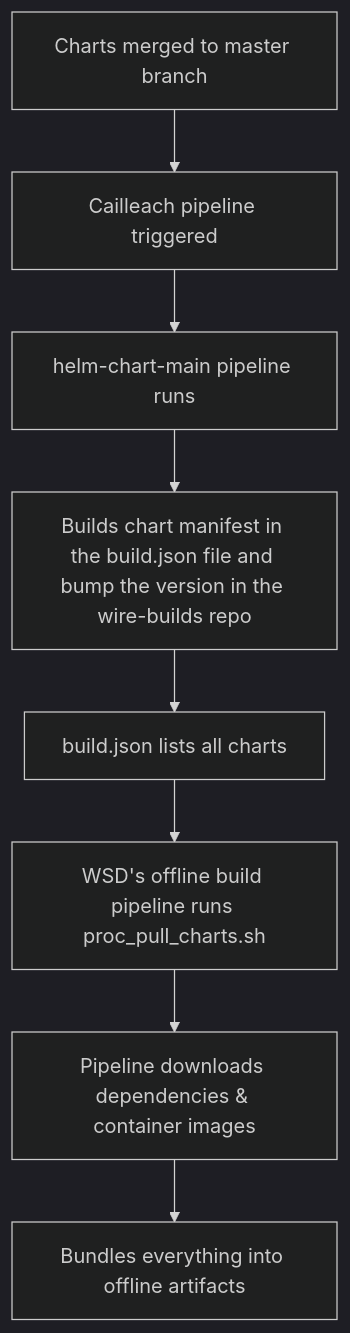
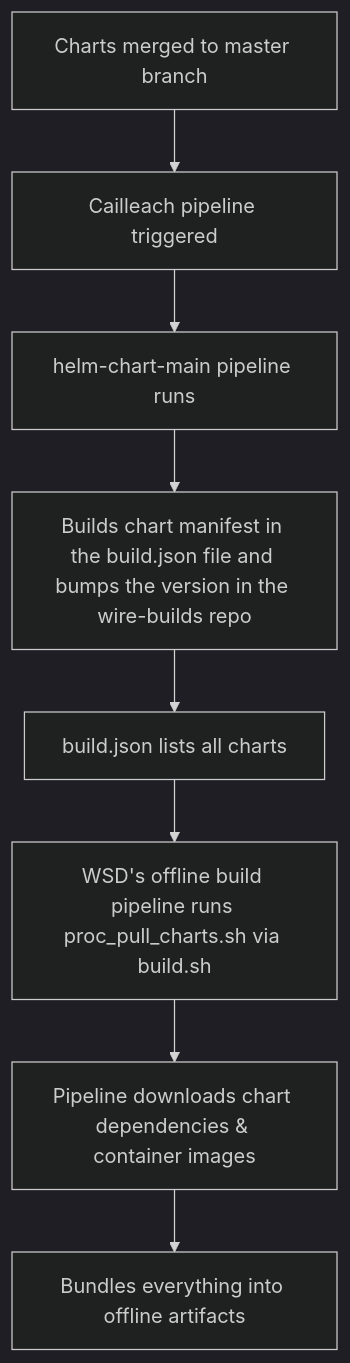
Before and after one commit to offsoc/wire-helm-charts: the diagram in README.md, drawn with Mermaid (dark theme). The commit also changed other lines of this file, not shown here.

Commit message:
Fix typo and adjust some wordings

````diff
--- a/README.md
+++ b/README.md
@@ -37,10 +37,10 @@
 ```mermaid
 graph TD;
     A[Charts merged to master branch] --> B[Cailleach pipeline triggered]
     B --> C[helm-chart-main pipeline runs]
-    C --> D[Builds chart manifest in the build.json file and bump the version in the wire-builds repo]
+    C --> D[Builds chart manifest in the build.json file and bumps the version in the wire-builds repo]
     D --> E[build.json lists all charts]
-    E --> F[WSD's offline build pipeline runs proc_pull_charts.sh]
-    F --> G[Pipeline downloads dependencies & container images]
+    E --> F[WSD's offline build pipeline runs proc_pull_charts.sh via build.sh]
+    F --> G[Pipeline downloads chart dependencies & container images]
     G --> H[Bundles everything into offline artifacts]
 ```
````
